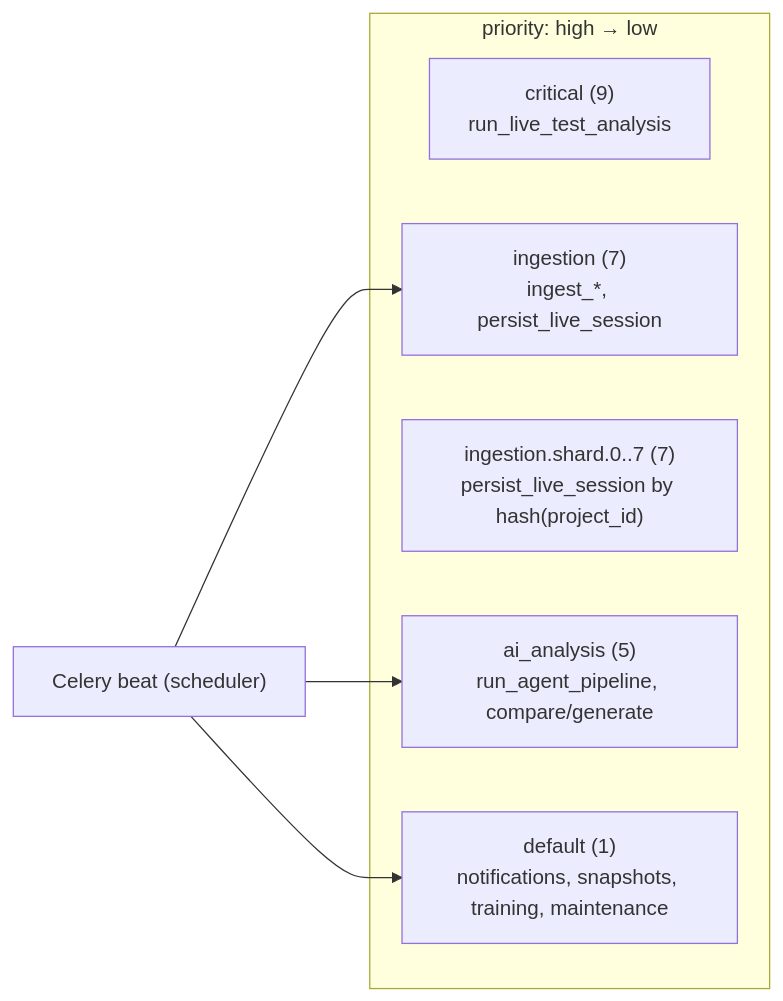
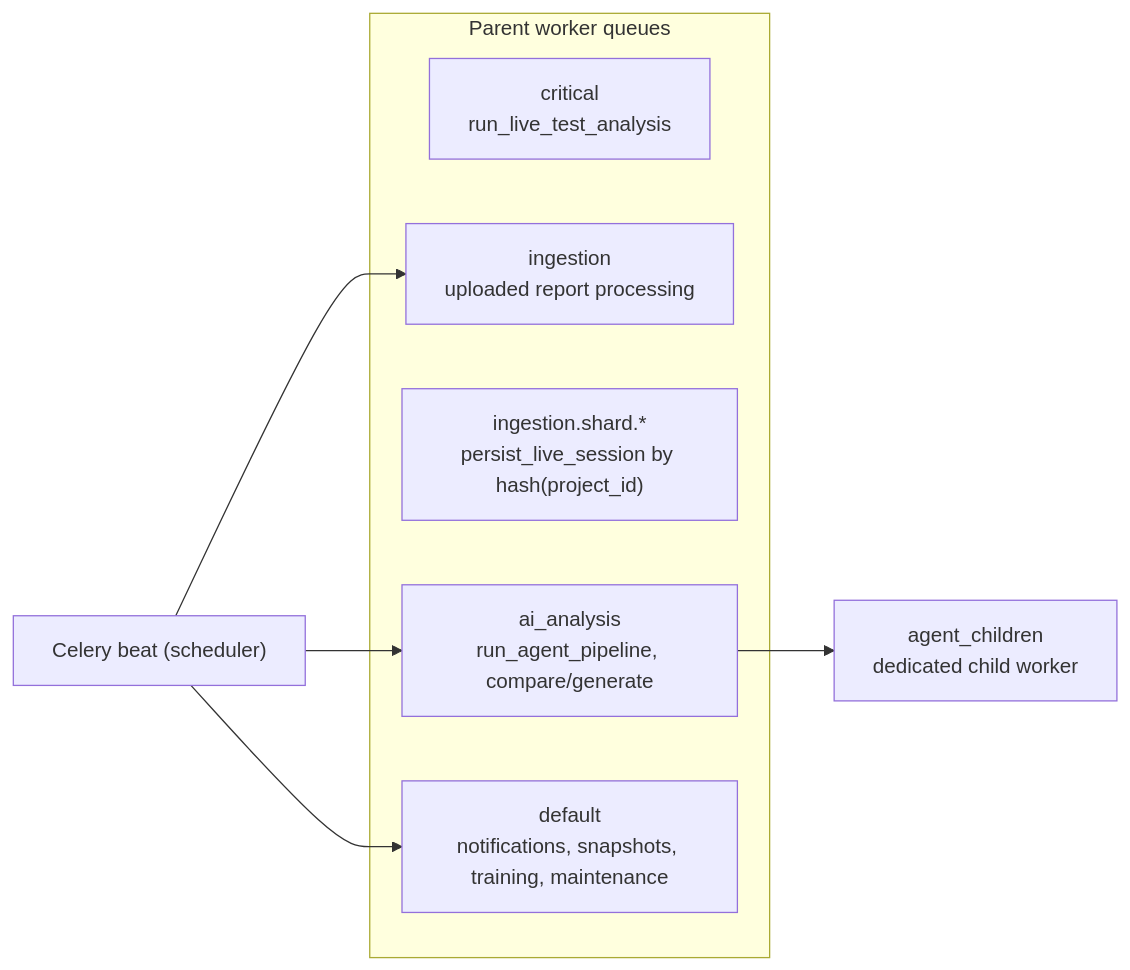
Before and after one commit to test-intelligence/testlookup: the fifth of 7 diagrams in architecture/README.md, drawn with Mermaid. The commit also changed other lines of this file and 31 other files, not shown here.

````diff
--- a/architecture/README.md
+++ b/architecture/README.md
@@ -199,11 +203,12 @@
 ```mermaid
 flowchart LR
-    subgraph Queues ["priority: high → low"]
-        CR["critical (9)<br/>run_live_test_analysis"]
-        ING["ingestion (7)<br/>ingest_*, persist_live_session"]
-        SH["ingestion.shard.0..7 (7)<br/>persist_live_session by hash(project_id)"]
-        AIQ["ai_analysis (5)<br/>run_agent_pipeline, compare/generate"]
-        DEF["default (1)<br/>notifications, snapshots, training, maintenance"]
+    subgraph Queues ["Parent worker queues"]
+        CR["critical<br/>run_live_test_analysis"]
+        ING["ingestion<br/>uploaded report processing"]
+        SH["ingestion.shard.*<br/>persist_live_session by hash(project_id)"]
+        AIQ["ai_analysis<br/>run_agent_pipeline, compare/generate"]
+        DEF["default<br/>notifications, snapshots, training, maintenance"]
     end
     BEAT["Celery beat (scheduler)"] --> ING & AIQ & DEF
+    AIQ --> CHILD["agent_children<br/>dedicated child worker"]
 ```
````
